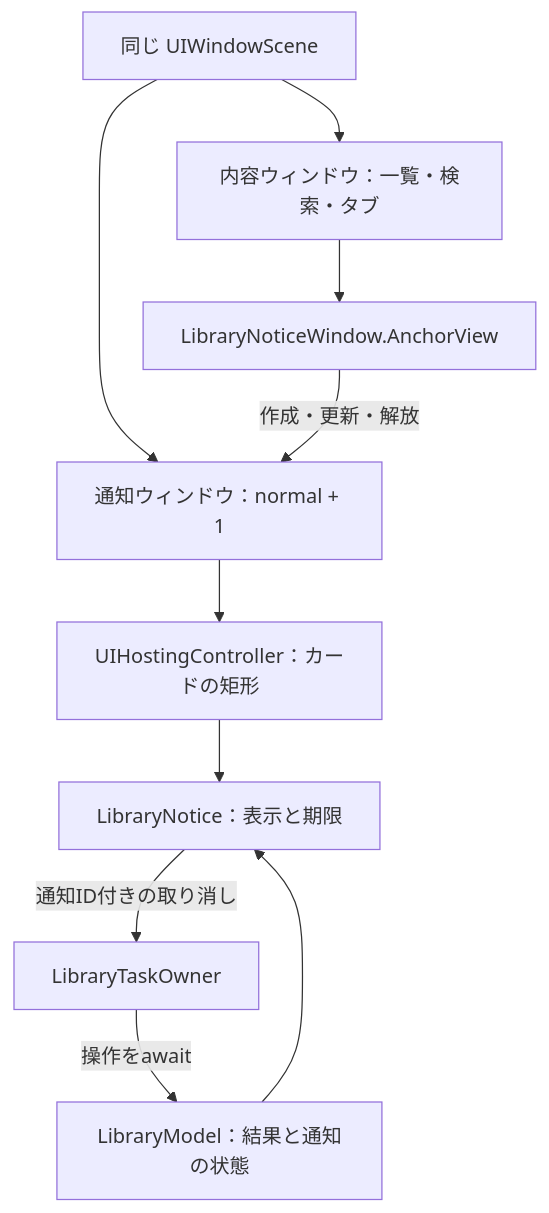
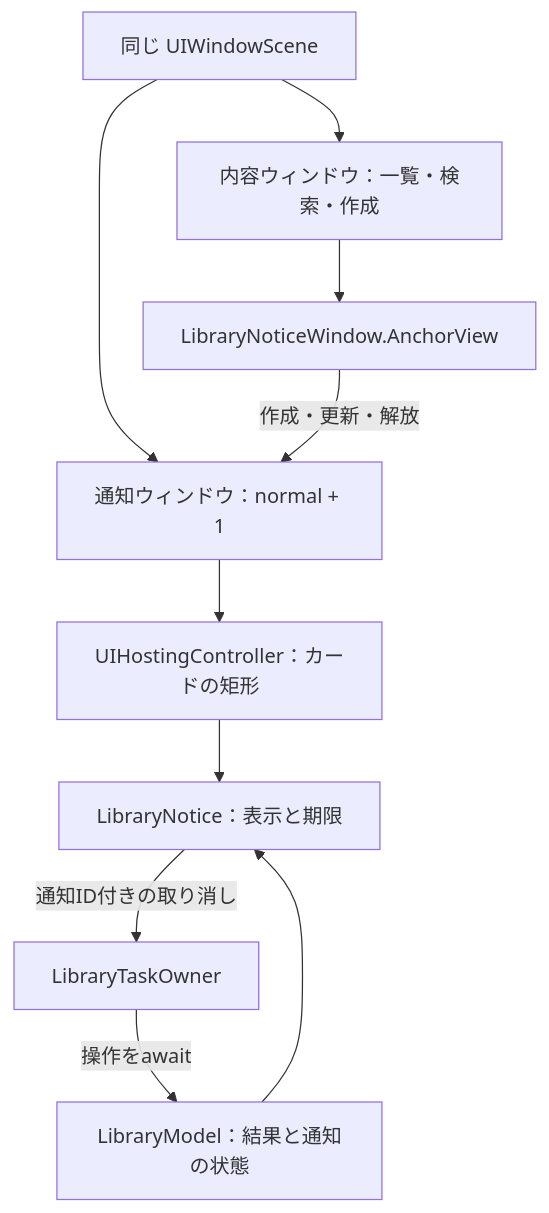
Before and after one commit to 9uiLe/nibble: the diagram in docs/design/rationale/result-notices.md, drawn with Mermaid. The commit also changed other lines of this file and 58 other files, not shown here.

````diff
--- a/docs/design/rationale/result-notices.md
+++ b/docs/design/rationale/result-notices.md
@@ -37,12 +37,12 @@
 ```mermaid
 flowchart TD
-    Scene[同じ UIWindowScene] --> Content[内容ウィンドウ：一覧・検索・タブ]
+    Scene[同じ UIWindowScene] --> Content[内容ウィンドウ：一覧・検索・作成]
     Scene --> Overlay[通知ウィンドウ：normal + 1]
     Content --> Anchor[LibraryNoticeWindow.AnchorView]
     Anchor -->|作成・更新・解放| Overlay
     Overlay --> Host[UIHostingController：カードの矩形]
     Host --> Notice[LibraryNotice：表示と期限]
     Model[LibraryModel：結果と通知の状態] --> Notice
     Notice -->|通知ID付きの取り消し| Owner[LibraryTaskOwner]
     Owner -->|操作をawait| Model
 ```
````
